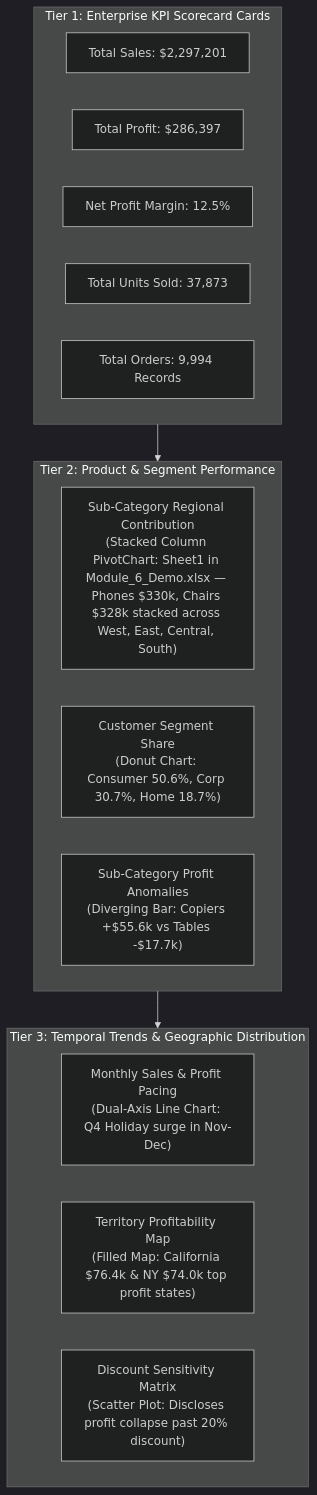
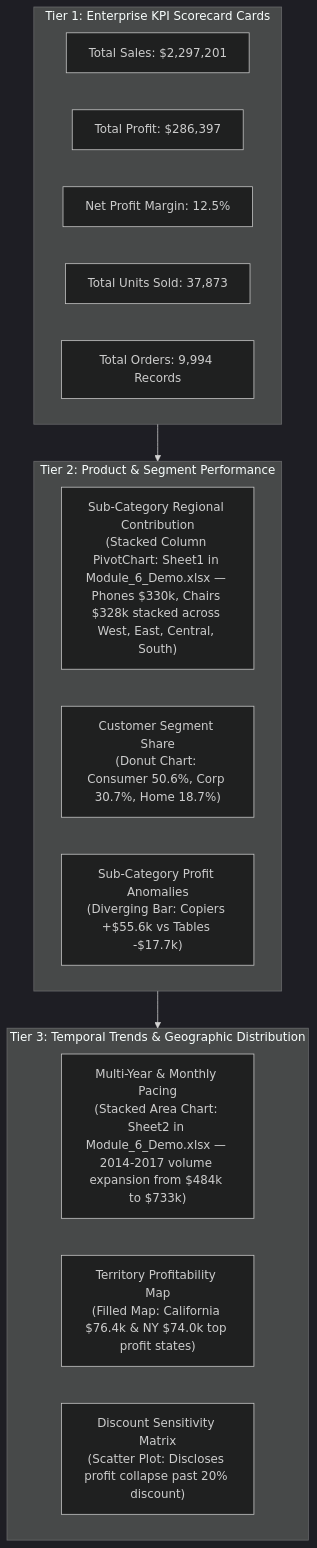
Before and after one commit to Sohila-Khaled-Abbas/COURSE-EXCEL-ZERO-TO-HERO: the second of 4 diagrams in 02_Notes/06_Data_Analysis_Charts/03_Dashboard_Visual_Hierarchy.md, drawn with Mermaid (dark theme). The commit also changed other lines of this file and 6 other files, not shown here.

````diff
--- a/02_Notes/06_Data_Analysis_Charts/03_Dashboard_Visual_Hierarchy.md
+++ b/02_Notes/06_Data_Analysis_Charts/03_Dashboard_Visual_Hierarchy.md
@@ -94,25 +94,25 @@
 ```mermaid
 flowchart TD
     subgraph SuperstoreTier1 ["Tier 1: Enterprise KPI Scorecard Cards"]
         SS_K1["Total Sales: $2,297,201"]
         SS_K2["Total Profit: $286,397"]
         SS_K3["Net Profit Margin: 12.5%"]
         SS_K4["Total Units Sold: 37,873"]
         SS_K5["Total Orders: 9,994 Records"]
     end
 
     subgraph SuperstoreTier2 ["Tier 2: Product & Segment Performance"]
         SS_C1["Sub-Category Regional Contribution<br/>(Stacked Column PivotChart: Sheet1 in Module_6_Demo.xlsx — Phones $330k, Chairs $328k stacked across West, East, Central, South)"]
         SS_C2["Customer Segment Share<br/>(Donut Chart: Consumer 50.6%, Corp 30.7%, Home 18.7%)"]
         SS_C3["Sub-Category Profit Anomalies<br/>(Diverging Bar: Copiers +$55.6k vs Tables -$17.7k)"]
     end
 
     subgraph SuperstoreTier3 ["Tier 3: Temporal Trends & Geographic Distribution"]
-        SS_T1["Monthly Sales & Profit Pacing<br/>(Dual-Axis Line Chart: Q4 Holiday surge in Nov-Dec)"]
+        SS_T1["Multi-Year & Monthly Pacing<br/>(Stacked Area Chart: Sheet2 in Module_6_Demo.xlsx — 2014-2017 volume expansion from $484k to $733k)"]
         SS_T2["Territory Profitability Map<br/>(Filled Map: California $76.4k & NY $74.0k top profit states)"]
         SS_T3["Discount Sensitivity Matrix<br/>(Scatter Plot: Discloses profit collapse past 20% discount)"]
     end
 
     SuperstoreTier1 --> SuperstoreTier2
     SuperstoreTier2 --> SuperstoreTier3
 ```
````
